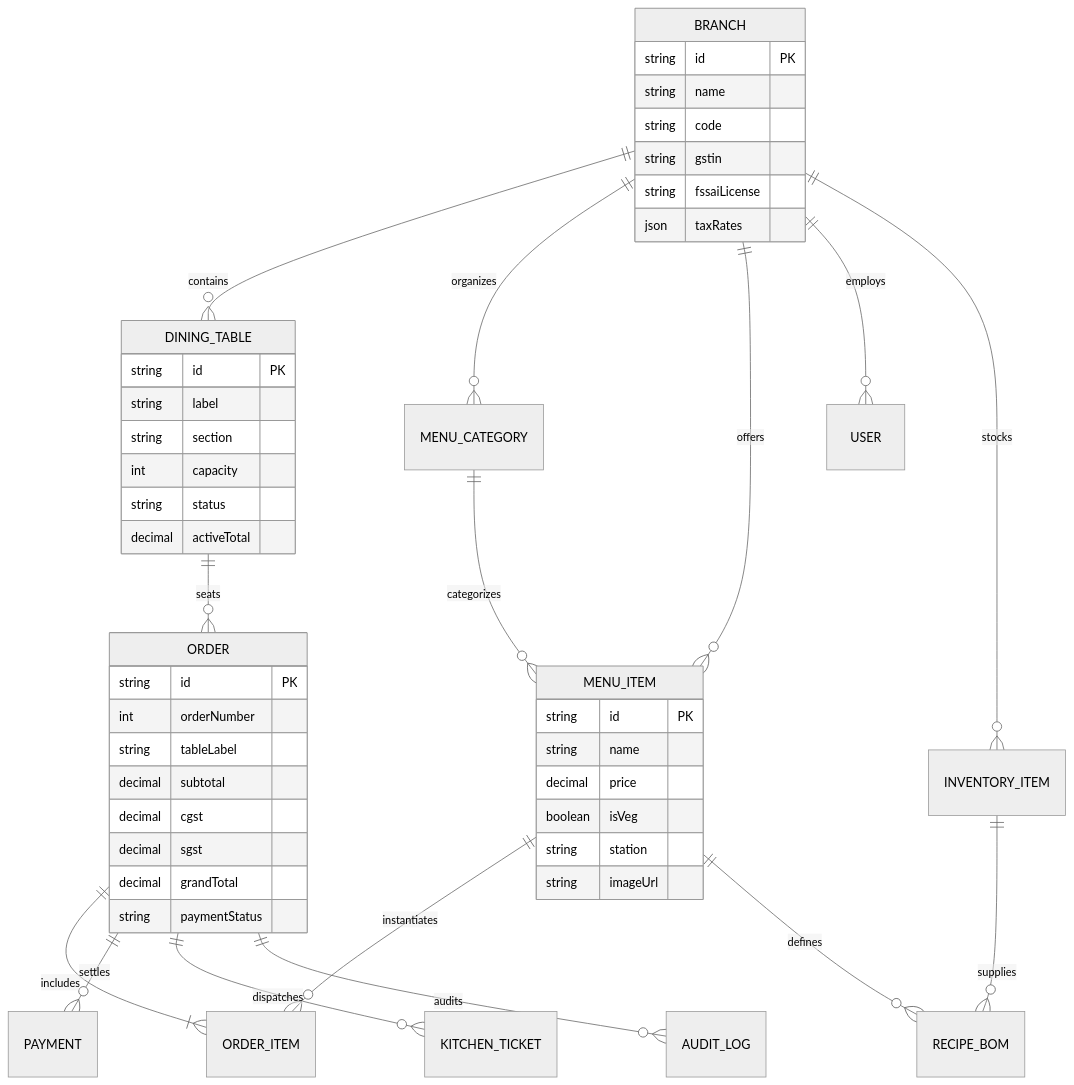
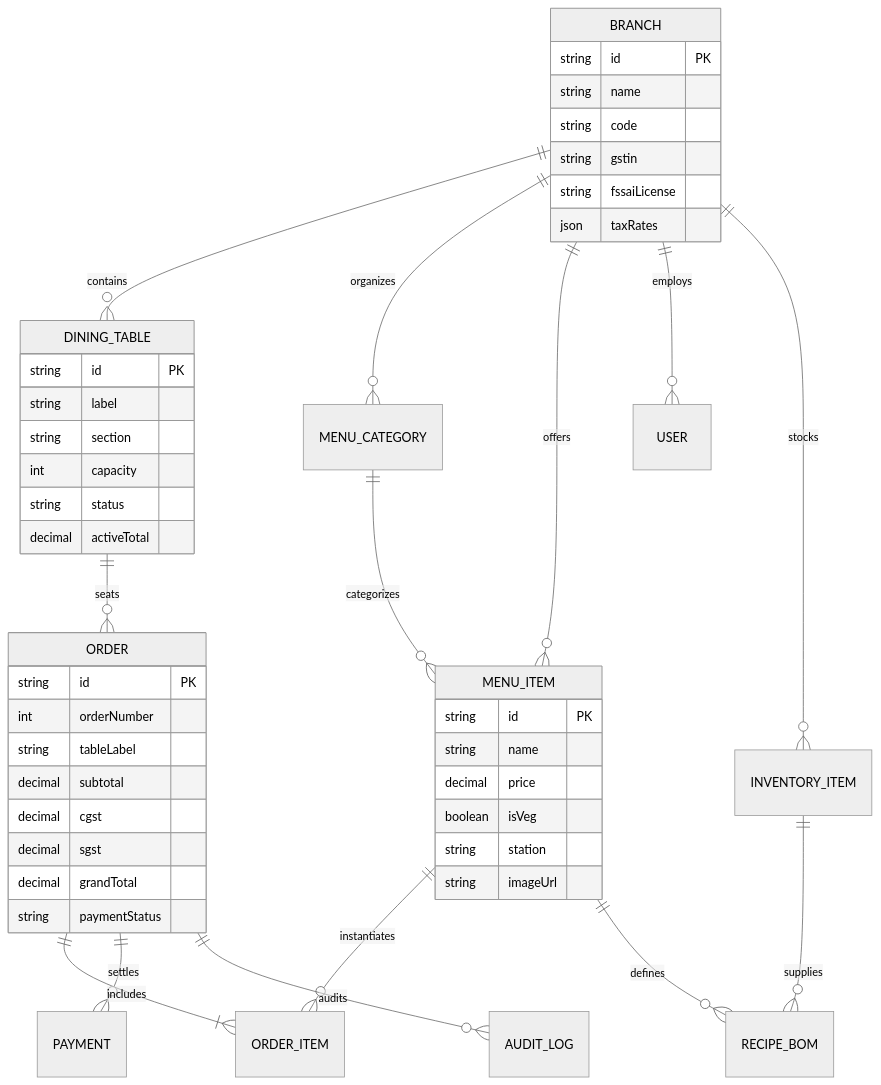
Before and after one commit to Gautamgiri798/ORDRIVA: the third of 3 diagrams in README.md, drawn with Mermaid (neutral theme). The commit also changed other lines of this file and 8 other files, not shown here.

````diff
--- a/README.md
+++ b/README.md
@@ -261,54 +308,53 @@
 ```mermaid
 erDiagram
     BRANCH ||--o{ DINING_TABLE : contains
     BRANCH ||--o{ MENU_CATEGORY : organizes
     BRANCH ||--o{ MENU_ITEM : offers
     BRANCH ||--o{ USER : employs
     BRANCH ||--o{ INVENTORY_ITEM : stocks
 
     DINING_TABLE ||--o{ ORDER : seats
     MENU_CATEGORY ||--o{ MENU_ITEM : categorizes
     MENU_ITEM ||--o{ ORDER_ITEM : instantiates
     MENU_ITEM ||--o{ RECIPE_BOM : defines
     INVENTORY_ITEM ||--o{ RECIPE_BOM : supplies
 
     ORDER ||--|{ ORDER_ITEM : includes
     ORDER ||--o{ PAYMENT : settles
-    ORDER ||--o{ KITCHEN_TICKET : dispatches
     ORDER ||--o{ AUDIT_LOG : audits
 
     BRANCH {
         string id PK
         string name
         string code
         string gstin
         string fssaiLicense
         json taxRates
     }
     DINING_TABLE {
         string id PK
         string label
         string section
         int capacity
         string status
         decimal activeTotal
     }
     MENU_ITEM {
         string id PK
         string name
         decimal price
         boolean isVeg
         string station
         string imageUrl
     }
     ORDER {
         string id PK
         int orderNumber
         string tableLabel
         decimal subtotal
         decimal cgst
         decimal sgst
         decimal grandTotal
         string paymentStatus
     }
 ```
````
